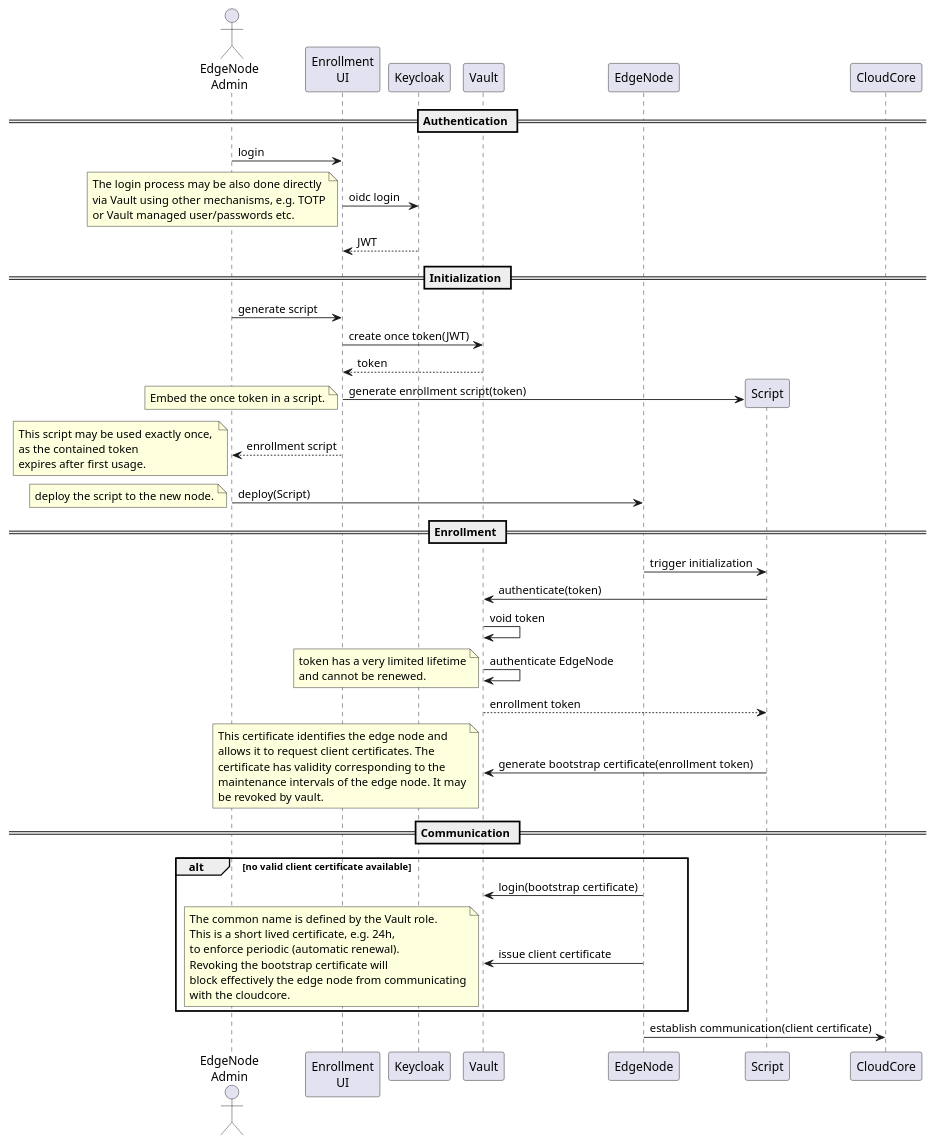
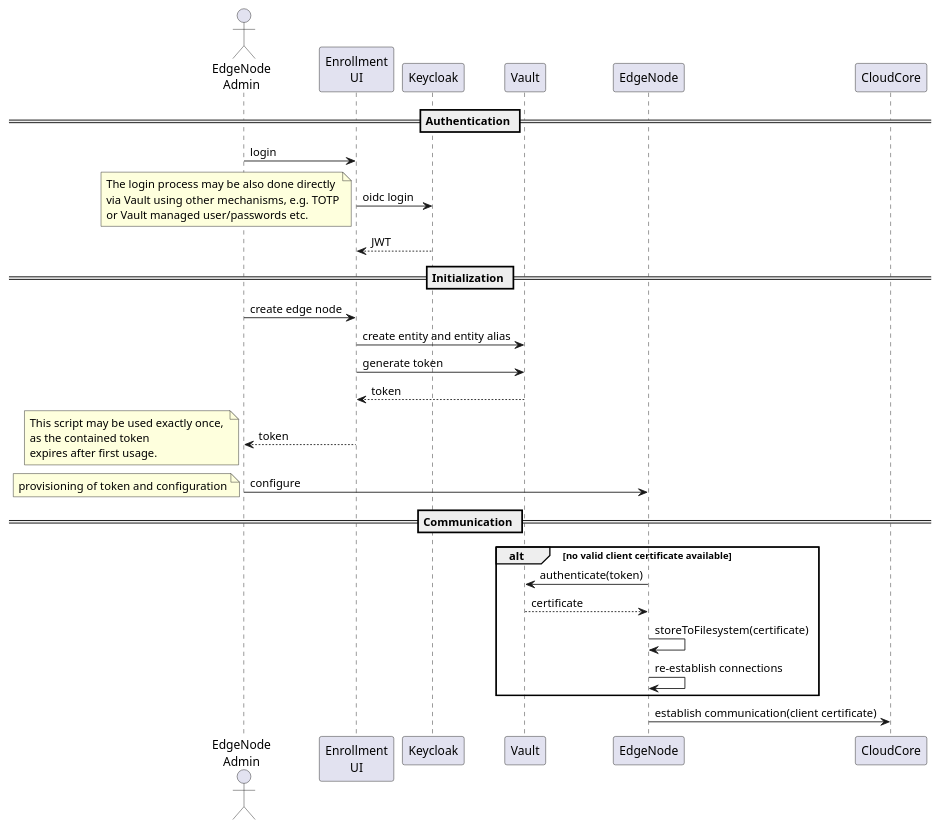
One commit to edgefarm/vault-integration changed the diagram in docs/images/pki-enrollment.puml. Above: the diagram before and after it, drawn with PlantUML. The commit also changed 3 other files, not shown here.

```diff
--- a/docs/images/pki-enrollment.puml
+++ b/docs/images/pki-enrollment.puml
@@ -1,78 +1,48 @@
 @startuml
 
 
 actor User as "EdgeNode\nAdmin"
 participant SSP as "Enrollment\nUI"
 participant Keycloak
 participant Vault
 participant EdgeNode
 
 == Authentication == 
 User -> SSP : login
 SSP -> Keycloak : oidc login
 note left
 The login process may be also done directly
 via Vault using other mechanisms, e.g. TOTP
 or Vault managed user/passwords etc.
 end note
 return JWT
 
 == Initialization ==
-User -> SSP : generate script
-SSP -> Vault : create once token(JWT)
+User -> SSP : create edge node
+SSP -> Vault : create entity and entity alias
+SSP -> Vault : generate token
 return token
 
-create Script
-SSP -> Script: generate enrollment script(token)
-note left: Embed the once token in a script.
-
-SSP --> User : enrollment script
+SSP --> User : token
 note left 
 This script may be used exactly once, 
 as the contained token 
 expires after first usage.
 end note
-User -> EdgeNode : deploy(Script)
-note left: deploy the script to the new node.
-
-== Enrollment ==
-
-EdgeNode -> Script : trigger initialization
-Script -> Vault : authenticate(token)
-Vault -> Vault : void token
-Vault -> Vault : authenticate EdgeNode
-note left
-    token has a very limited lifetime
-    and cannot be renewed.
-end note
-
-Vault --> Script: enrollment token
-Script -> Vault: generate bootstrap certificate(enrollment token)
-note left
-This certificate identifies the edge node and
-allows it to request client certificates. The
-certificate has validity corresponding to the 
-maintenance intervals of the edge node. It may
-be revoked by vault.
-end note
+User -> EdgeNode : configure
+note left: provisioning of token and configuration
 
 == Communication ==
 
 alt no valid client certificate available
-    EdgeNode -> Vault : login(bootstrap certificate)
-    EdgeNode -> Vault : issue client certificate
-    note left 
-        The common name is defined by the Vault role.
-        This is a short lived certificate, e.g. 24h,
-        to enforce periodic (automatic renewal).
-        Revoking the bootstrap certificate will
-        block effectively the edge node from communicating
-        with the cloudcore.
-    end note 
+    EdgeNode -> Vault : authenticate(token)
+    return certificate
+    EdgeNode -> EdgeNode : storeToFilesystem(certificate)
+    EdgeNode -> EdgeNode : re-establish connections
 end
 EdgeNode -> CloudCore : establish communication(client certificate)
 
 
 
 
 @enduml
```
